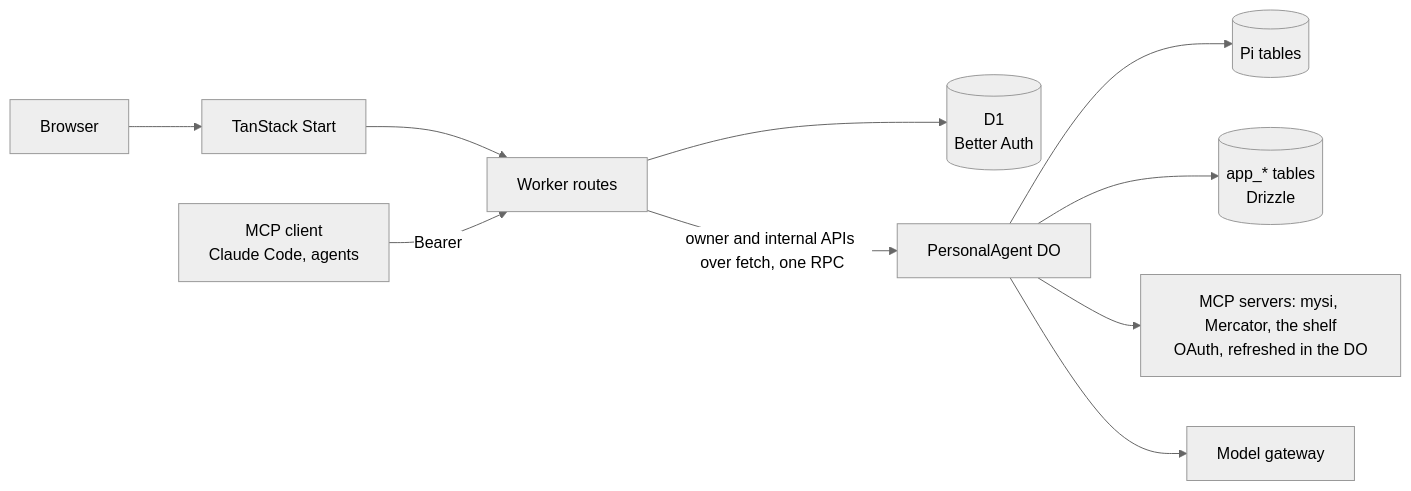
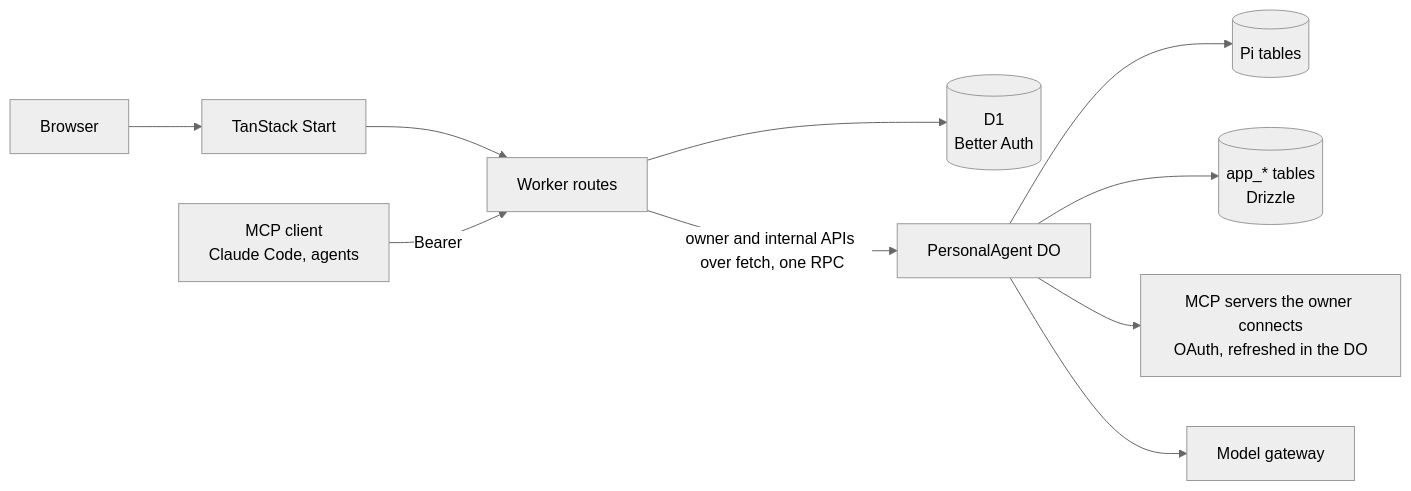
The diagram in docs/architecture.md (grmkris/goblin), drawn with Mermaid (neutral theme) before and after one commit. The commit also changed 9 other files, not shown here.

First line of the commit message:
docs: the architecture, development guide, glossary and mcp-host skill treat every MCP server alike (ADR 0063)

````diff
--- a/docs/architecture.md
+++ b/docs/architecture.md
@@ -7,12 +7,12 @@
 ```mermaid
 flowchart LR
   Browser --> Web[TanStack Start]
   Web --> Worker[Worker routes]
   Client[MCP client\nClaude Code, agents] -->|Bearer| Worker
   Worker --> Auth[(D1\nBetter Auth)]
   Worker -->|owner and internal APIs over fetch, one RPC| Agent[PersonalAgent DO]
   Agent --> Pi[(Pi tables)]
   Agent --> App[(app_* tables\nDrizzle)]
-  Agent --> MCP[MCP servers: mysi, Mercator, the shelf\nOAuth, refreshed in the DO]
+  Agent --> MCP[MCP servers the owner connects\nOAuth, refreshed in the DO]
   Agent --> Model[Model gateway]
 ```
````
